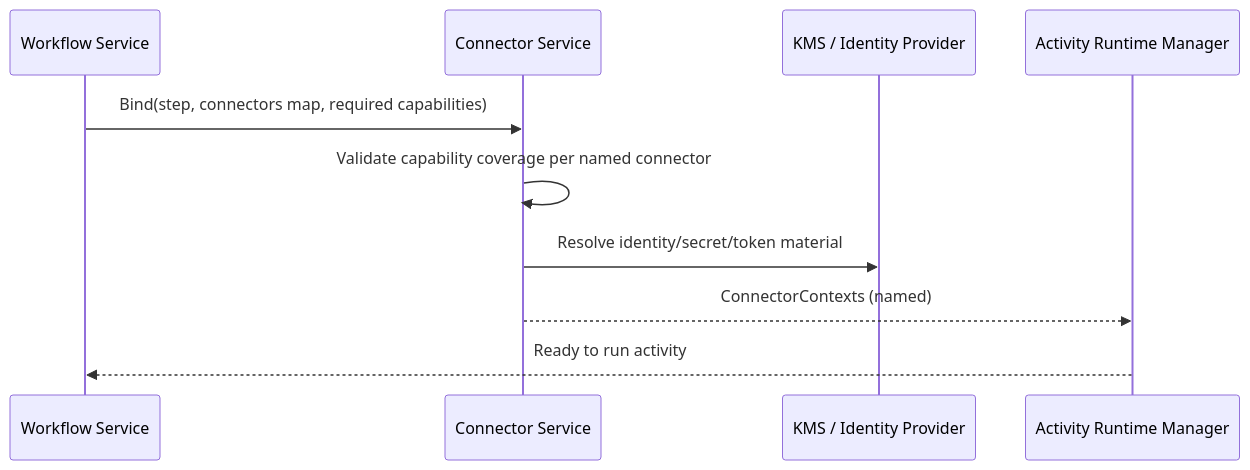
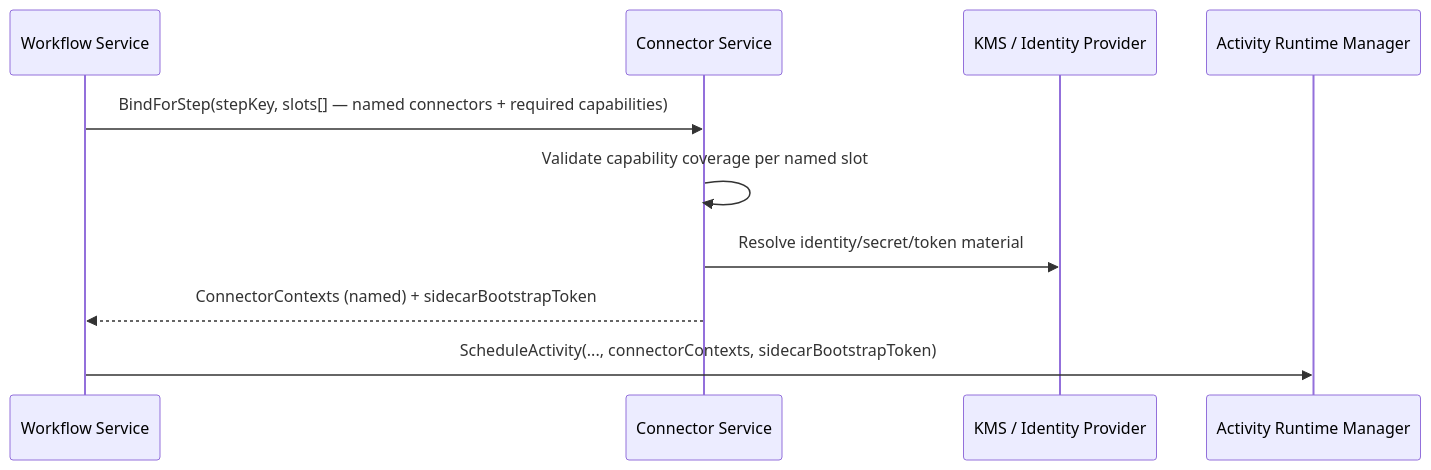
One commit to toddysm/custos changed the fifth of 5 diagrams in design/components/connector-service/design.md. Above: the diagram before and after it, drawn with Mermaid. The commit also changed other lines of this file and 7 other files, not shown here.

First line of the commit message:
design(bundle-g): WF preflights connector bind; Dapr activity-task return canonical (#98, #101)

````diff
--- a/design/components/connector-service/design.md
+++ b/design/components/connector-service/design.md
@@ -799,13 +799,13 @@
 ```mermaid
 sequenceDiagram
     participant WF as Workflow Service
     participant CS as Connector Service
     participant KMS as KMS / Identity Provider
     participant ARM as Activity Runtime Manager
 
-    WF->>CS: Bind(step, connectors map, required capabilities)
-    CS->>CS: Validate capability coverage per named connector
+    WF->>CS: BindForStep(stepKey, slots[] — named connectors + required capabilities)
+    CS->>CS: Validate capability coverage per named slot
     CS->>KMS: Resolve identity/secret/token material
-    CS-->>ARM: ConnectorContexts (named)
-    ARM-->>WF: Ready to run activity
+    CS-->>WF: ConnectorContexts (named) + sidecarBootstrapToken
+    WF->>ARM: ScheduleActivity(..., connectorContexts, sidecarBootstrapToken)
 ```
````
